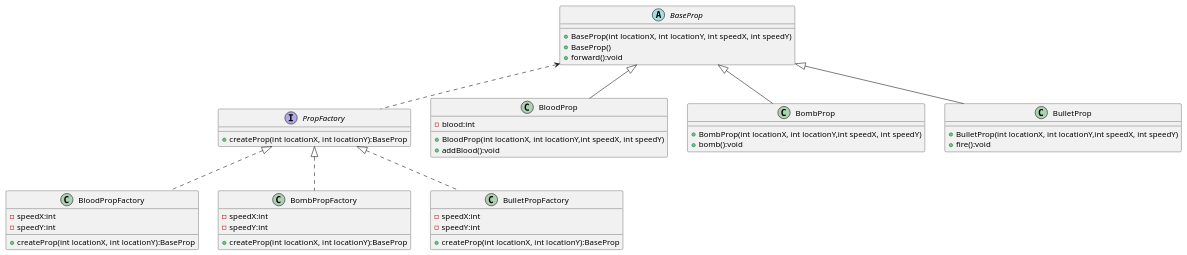
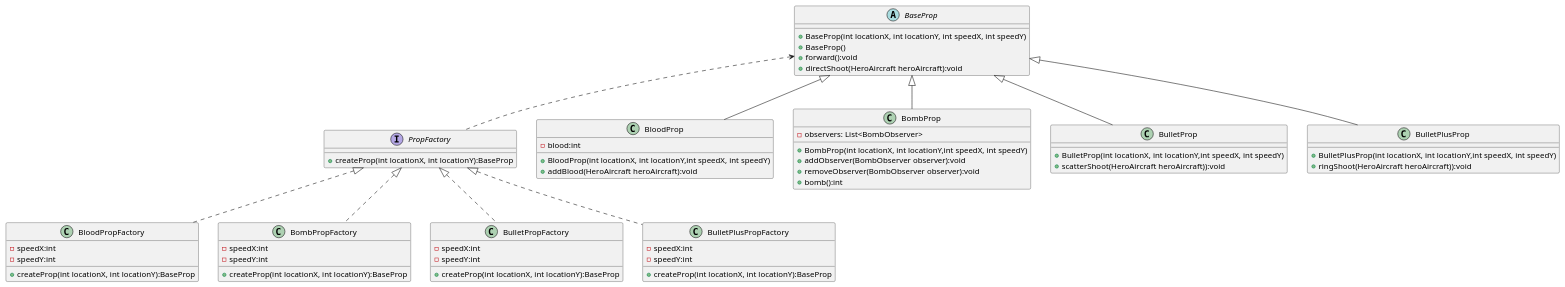
Before and after one commit to Elliot-04/AircraftWar: the diagram in uml/PropFactory.puml, drawn with PlantUML. The commit also changed 24 other files, not shown here.

```diff
--- a/uml/PropFactory.puml
+++ b/uml/PropFactory.puml
@@ -1,56 +1,69 @@
 @startuml
 'https://plantuml.com/class-diagram
 
 interface PropFactory {
     + createProp(int locationX, int locationY):BaseProp
 }
 class BloodPropFactory {
     - speedX:int
     - speedY:int
     + createProp(int locationX, int locationY):BaseProp
 }
 class BombPropFactory {
     - speedX:int
     - speedY:int
     + createProp(int locationX, int locationY):BaseProp
 }
 class BulletPropFactory {
     - speedX:int
     - speedY:int
     + createProp(int locationX, int locationY):BaseProp
 }
+class BulletPlusPropFactory {
+    - speedX:int
+    - speedY:int
+    + createProp(int locationX, int locationY):BaseProp
+}
 PropFactory <|.. BloodPropFactory
 PropFactory <|.. BombPropFactory
 PropFactory <|.. BulletPropFactory
+PropFactory <|.. BulletPlusPropFactory
 
 
 abstract class BaseProp {
     + BaseProp(int locationX, int locationY, int speedX, int speedY)
     + BaseProp()
     + forward():void
+    + directShoot(HeroAircraft heroAircraft):void
 }
 
 class BloodProp {
     - blood:int
     + BloodProp(int locationX, int locationY,int speedX, int speedY)
-    + addBlood():void
+    + addBlood(HeroAircraft heroAircraft):void
 }
 class BombProp {
+    - observers: List<BombObserver>
     + BombProp(int locationX, int locationY,int speedX, int speedY)
-    + bomb():void
+    + addObserver(BombObserver observer):void
+    + removeObserver(BombObserver observer):void
+    + bomb():int
 }
 class BulletProp {
     + BulletProp(int locationX, int locationY,int speedX, int speedY)
-    + fire():void
+    + scatterShoot(HeroAircraft heroAircraft)):void
+}
+class BulletPlusProp {
+    + BulletPlusProp(int locationX, int locationY,int speedX, int speedY)
+    + ringShoot(HeroAircraft heroAircraft)):void
 }
 
 
 BaseProp <|-- BloodProp
 BaseProp <|-- BombProp
 BaseProp <|-- BulletProp
-
-
+BaseProp <|-- BulletPlusProp
 BaseProp <.. PropFactory
 
 
 @enduml
```
